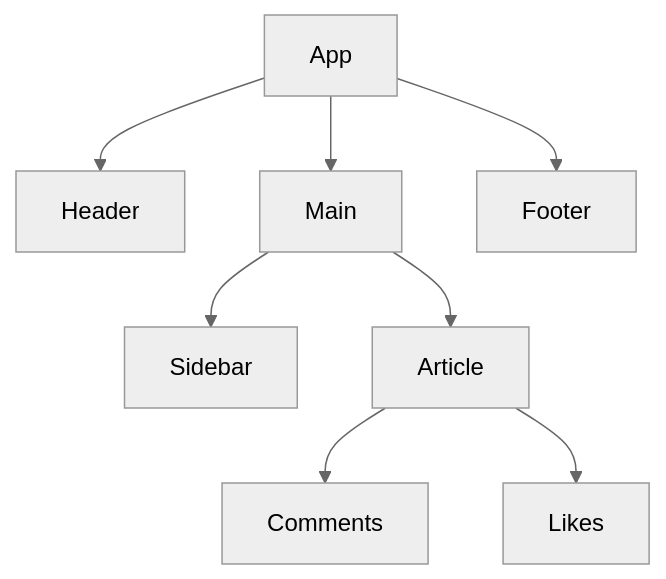
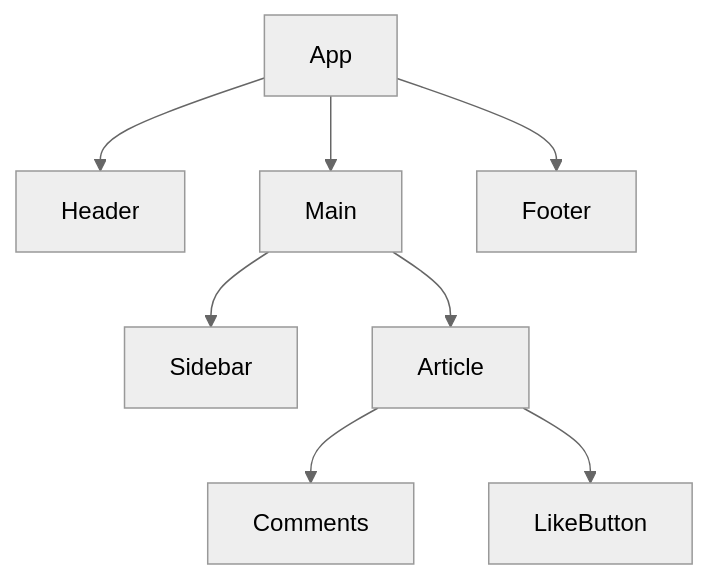
Before and after one commit to BabaScience/react-guides: the fourth of 10 diagrams in arguments/chapters/01-fundamentals.md, drawn with Mermaid (neutral theme). The commit also changed other lines of this file and 46 other files, not shown here.

````diff
--- a/arguments/chapters/01-fundamentals.md
+++ b/arguments/chapters/01-fundamentals.md
@@ -213,10 +341,10 @@
 ```mermaid
 graph TD
     App[App] --> Header[Header]
     App --> Main[Main]
     App --> Footer[Footer]
     Main --> Sidebar[Sidebar]
     Main --> Article[Article]
     Article --> Comments[Comments]
-    Article --> Likes[Likes]
+    Article --> LikeButton[LikeButton]
 ```
````
